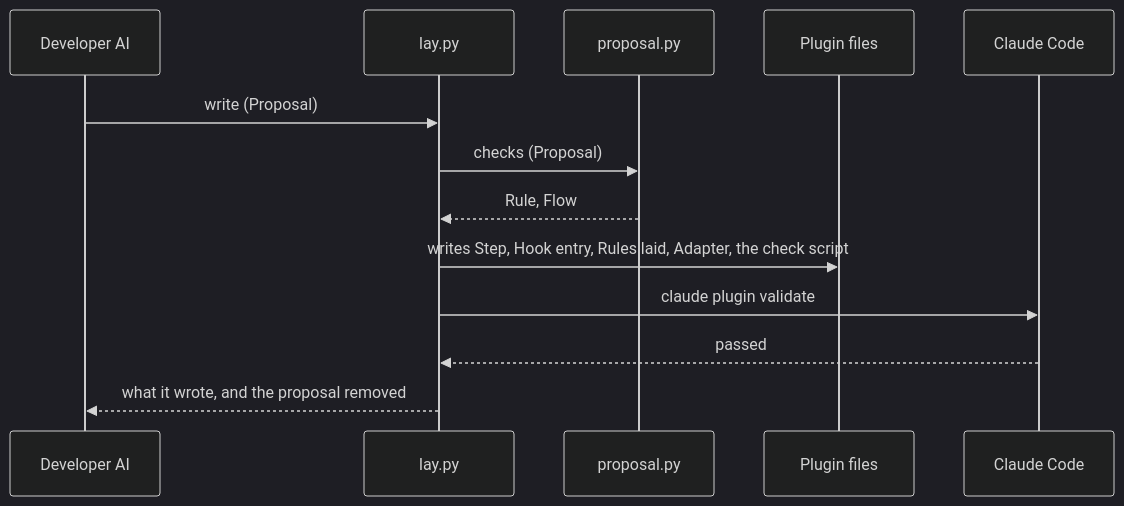
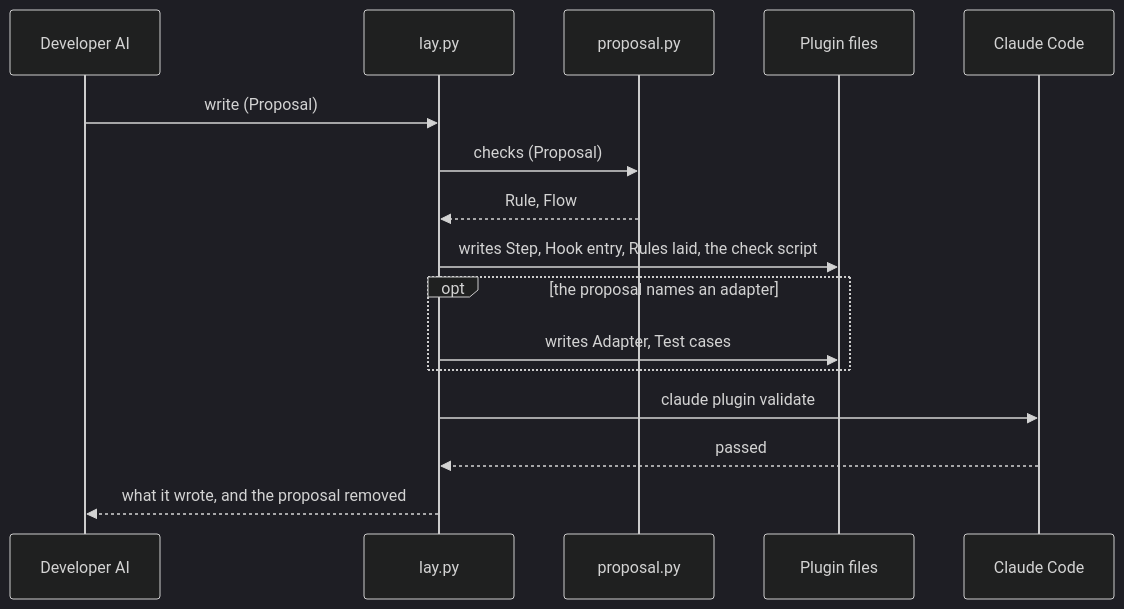
The second of 4 diagrams in dev/lane/architecture.md (lovaizu/ccpm), drawn with Mermaid (dark theme) before and after one commit. The commit also changed other lines of this file and 3 other files, not shown here.

````diff
--- a/dev/lane/architecture.md
+++ b/dev/lane/architecture.md
@@ -150,15 +154,18 @@
 ```mermaid
 sequenceDiagram
   participant DA as Developer AI
   participant L as lay.py
   participant P as proposal.py
   participant PF as Plugin files
   participant CC as Claude Code
   DA->>L: write (Proposal)
   L->>P: checks (Proposal)
   P-->>L: Rule, Flow
-  L->>PF: writes Step, Hook entry, Rules laid, Adapter, the check script
+  L->>PF: writes Step, Hook entry, Rules laid, the check script
+  opt the proposal names an adapter
+    L->>PF: writes Adapter, Test cases
+  end
   L->>CC: claude plugin validate
   CC-->>L: passed
   L-->>DA: what it wrote, and the proposal removed
 ```
````
